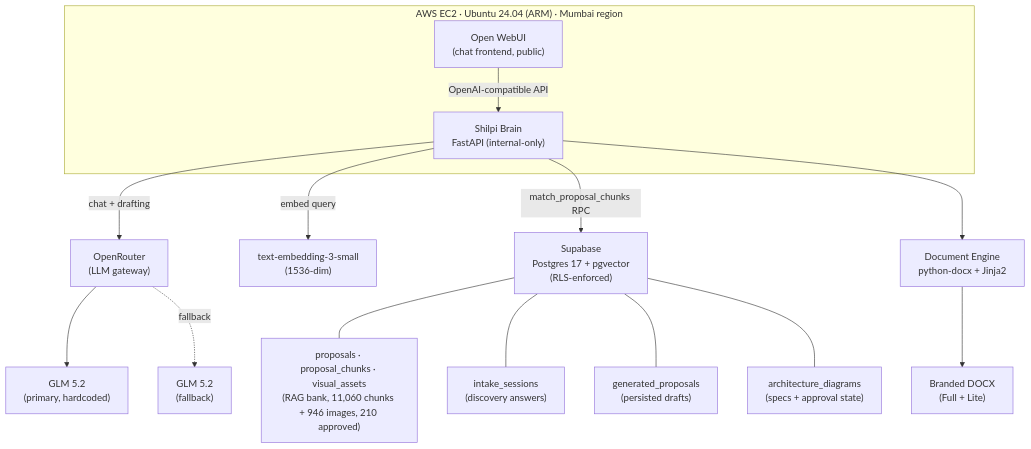
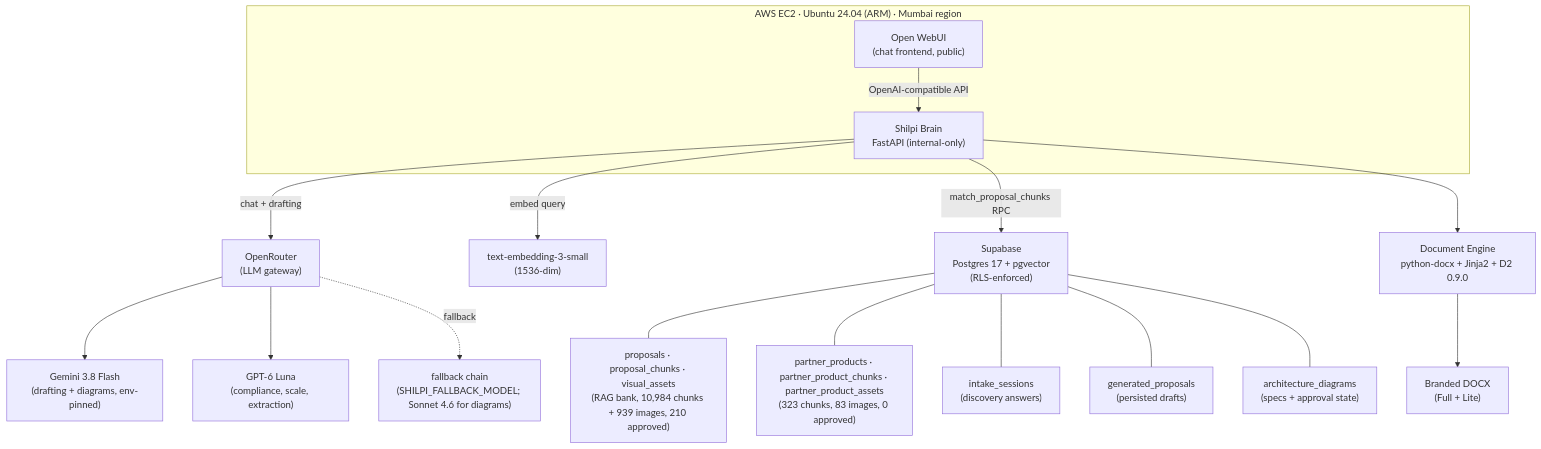
One commit to imranshaikh-commits/iv-sarvam changed the first of 5 diagrams in README.md. Above: the diagram before and after it, drawn with Mermaid. The commit also changed other lines of this file, not shown here.

````diff
--- a/README.md
+++ b/README.md
@@ -523,34 +182,38 @@
 ```mermaid
 flowchart TB
     subgraph EC2["AWS EC2 · Ubuntu 24.04 (ARM) · Mumbai region"]
         OWUI["Open WebUI<br/>(chat frontend, public)"]
         BRAIN["Shilpi Brain<br/>FastAPI (internal-only)"]
         OWUI -->|OpenAI-compatible API| BRAIN
     end
 
     ROUTER["OpenRouter<br/>(LLM gateway)"]
-    GLM["GLM 5.2<br/>(primary, hardcoded)"]
-    QWEN["GLM 5.2<br/>(fallback)"]
+    GLM["Gemini 3.8 Flash<br/>(drafting + diagrams, env-pinned)"]
+    QWEN["fallback chain<br/>(SHILPI_FALLBACK_MODEL; Sonnet 4.6 for diagrams)"]
+    LUNA["GPT-6 Luna<br/>(compliance, scale, extraction)"]
     EMB["text-embedding-3-small<br/>(1536-dim)"]
 
     SB["Supabase<br/>Postgres 17 + pgvector<br/>(RLS-enforced)"]
-    PROP["proposals · proposal_chunks · visual_assets<br/>(RAG bank, 11,060 chunks + 946 images, 210 approved)"]
+    PROP["proposals · proposal_chunks · visual_assets<br/>(RAG bank, 10,984 chunks + 939 images, 210 approved)"]
+    PART["partner_products · partner_product_chunks · partner_product_assets<br/>(323 chunks, 83 images, 0 approved)"]
     INTAKE["intake_sessions<br/>(discovery answers)"]
     GEN["generated_proposals<br/>(persisted drafts)"]
     DIAG["architecture_diagrams<br/>(specs + approval state)"]
 
-    DOCS["Document Engine<br/>python-docx + Jinja2"]
+    DOCS["Document Engine<br/>python-docx + Jinja2 + D2 0.9.0"]
     DOCX["Branded DOCX<br/>(Full + Lite)"]
 
     BRAIN -->|chat + drafting| ROUTER
     ROUTER --> GLM
+    ROUTER --> LUNA
     ROUTER -.fallback.-> QWEN
     BRAIN -->|embed query| EMB
     BRAIN -->|match_proposal_chunks RPC| SB
     SB --- PROP
+    SB --- PART
     SB --- INTAKE
     SB --- GEN
     SB --- DIAG
     BRAIN --> DOCS
     DOCS --> DOCX
 ```
````
